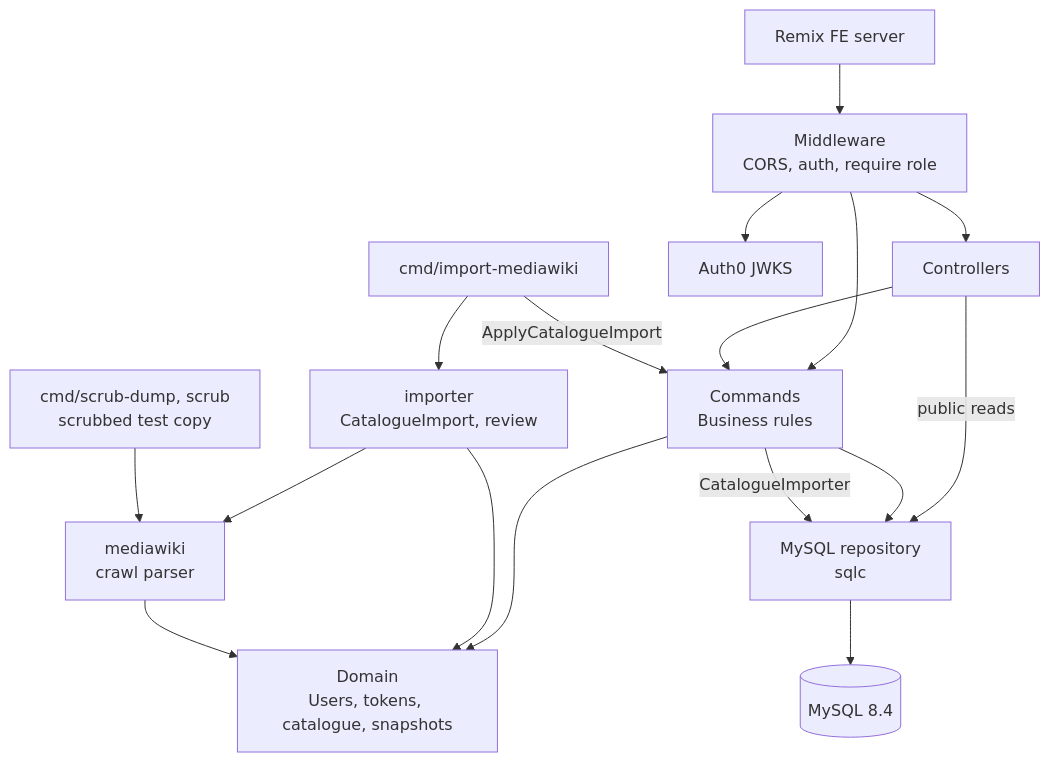
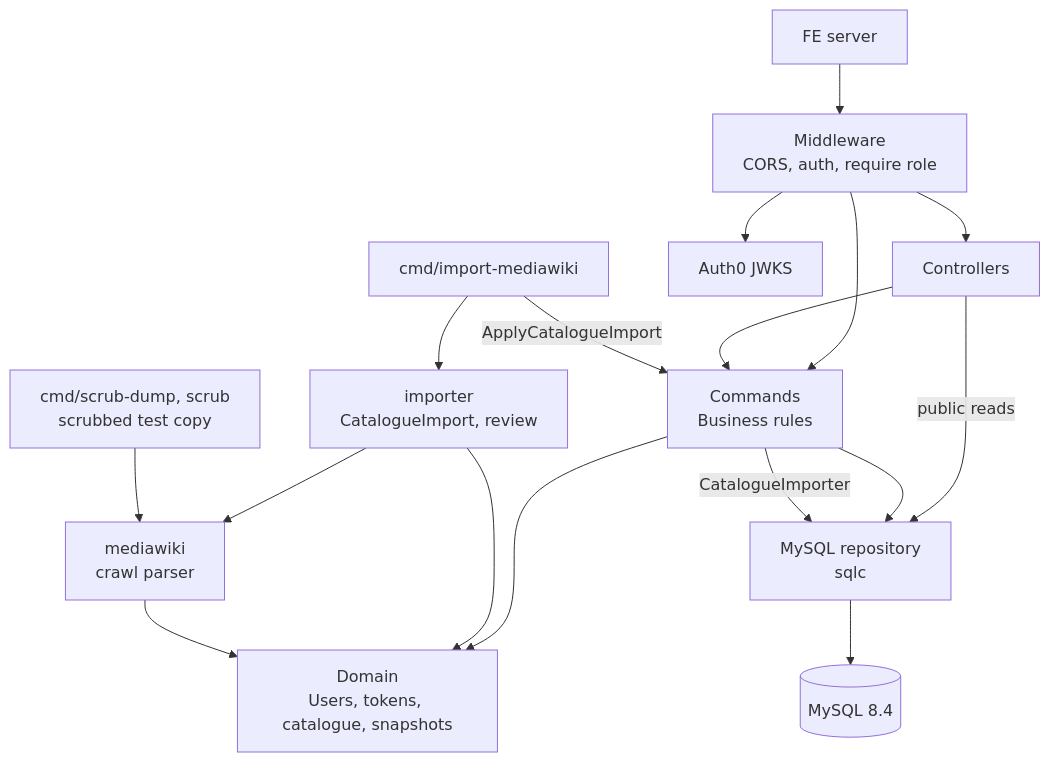
Before and after one commit to jbeshir/bardic-torch: the diagram in README.md, drawn with Mermaid. The commit also changed other lines of this file and 16 other files, not shown here.

````diff
--- a/README.md
+++ b/README.md
@@ -56,32 +66,32 @@
 ```mermaid
 graph TD
-    FE[Remix FE server]
+    FE[FE server]
     MW[Middleware<br/>CORS, auth, require role]
     CTRL[Controllers]
     CMD[Commands<br/>Business rules]
     DOM[Domain<br/>Users, tokens, catalogue, snapshots]
     REPO[MySQL repository<br/>sqlc]
     DB[(MySQL 8.4)]
     AUTH0[Auth0 JWKS]
     IMPCMD[cmd/import-mediawiki]
     MWIKI[mediawiki<br/>crawl parser]
     IMPORTER[importer<br/>CatalogueImport, review]
     SCRUB[cmd/scrub-dump, scrub<br/>scrubbed test copy]
 
     FE --> MW
     MW --> AUTH0
     MW --> CMD
     MW --> CTRL
     CTRL --> CMD
     CTRL -->|public reads| REPO
     CMD --> DOM
     CMD --> REPO
     REPO --> DB
     IMPCMD --> IMPORTER
     IMPORTER --> MWIKI
     IMPORTER --> DOM
     MWIKI --> DOM
     SCRUB --> MWIKI
     IMPCMD -->|ApplyCatalogueImport| CMD
     CMD -->|CatalogueImporter| REPO
 ```
````
